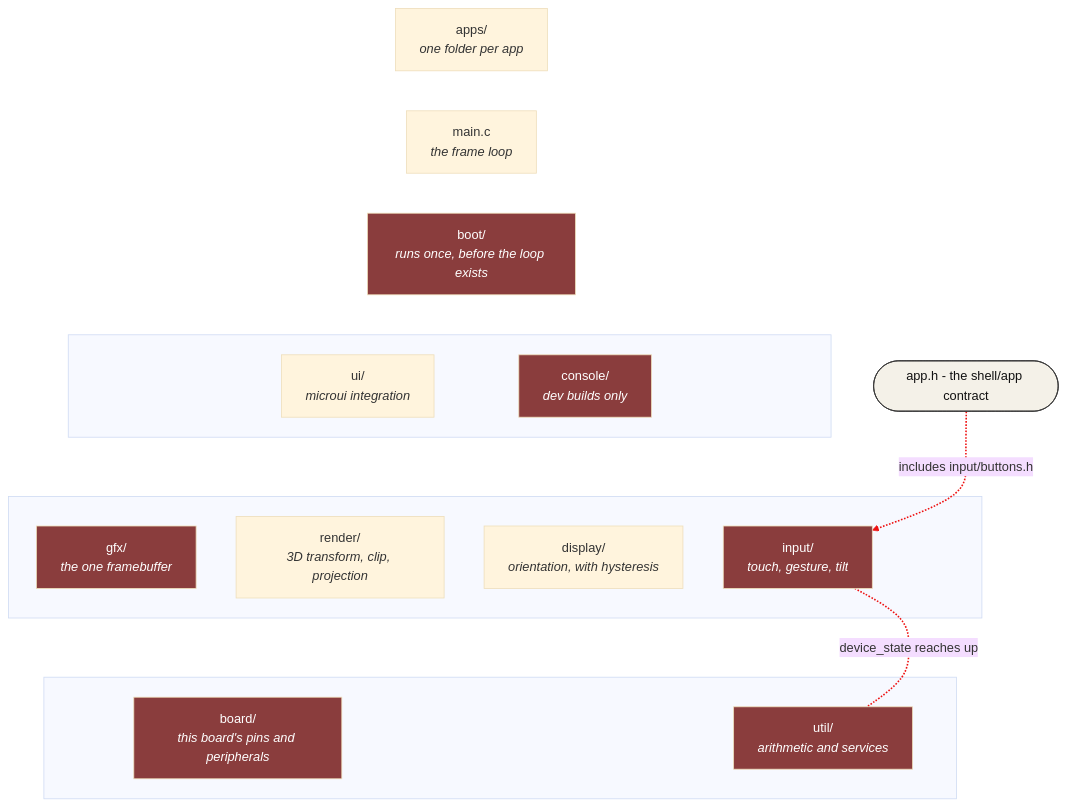
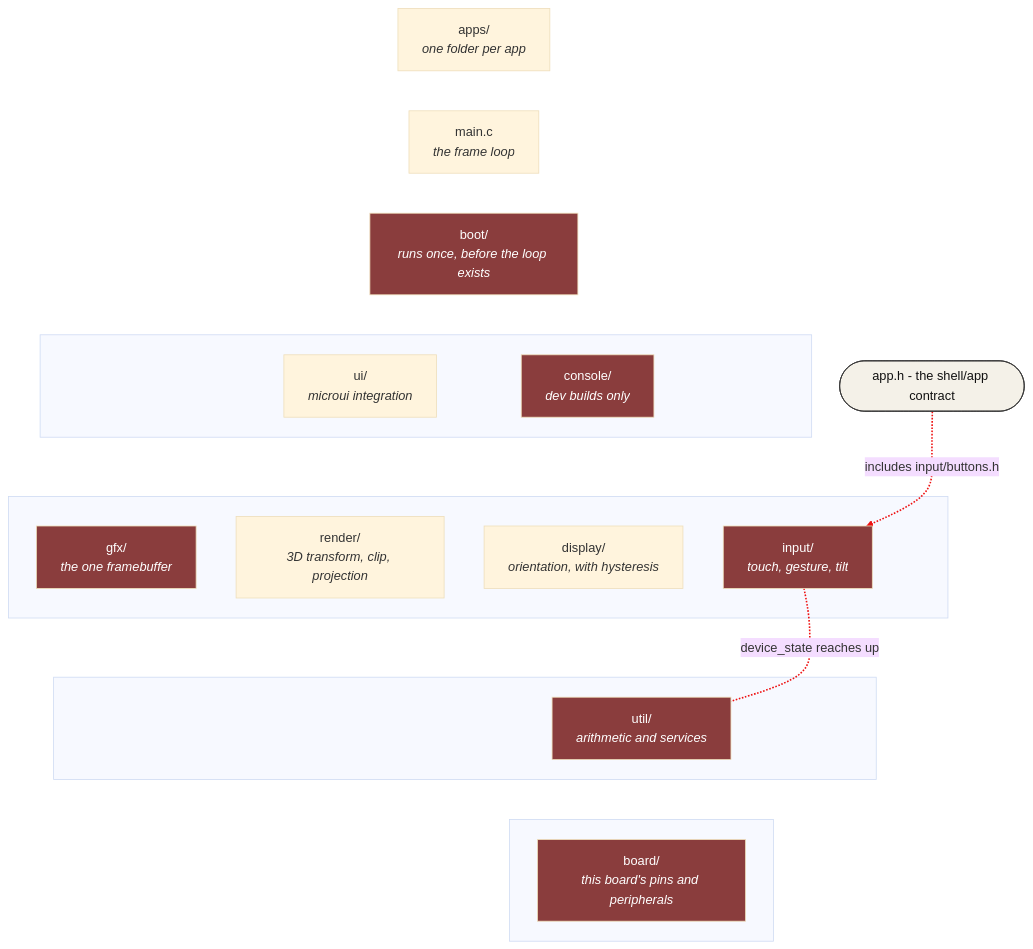
The first of 3 diagrams in docs/Launcher-Architecture.md (jose-villegas/autana), drawn with Mermaid (base theme) before and after one commit. The commit also changed other lines of this file and 3 other files, not shown here.

````diff
--- a/docs/Launcher-Architecture.md
+++ b/docs/Launcher-Architecture.md
@@ -242,55 +242,54 @@
 ```mermaid
 flowchart TB
     classDef hw fill:#8a3d3d,color:#fff
     classDef contract fill:#f4f1e8,stroke:#333,stroke-width:1px,color:#111
 
     Apps["apps/<br/><i>one folder per app</i>"]
     Main["main.c<br/><i>the frame loop</i>"]
     Contract(["app.h - the shell/app contract"]):::contract
     Boot["boot/<br/><i>runs once, before the loop exists</i>"]
 
     subgraph T4[" "]
         Ui["ui/<br/><i>microui integration</i>"]
         Console["console/<br/><i>dev builds only</i>"]
     end
     subgraph T5[" "]
         Gfx["gfx/<br/><i>the one framebuffer</i>"]
         Render["render/<br/><i>3D transform, clip, projection</i>"]
         Display["display/<br/><i>orientation, with hysteresis</i>"]
         Input["input/<br/><i>touch, gesture, tilt</i>"]
     end
     subgraph T6[" "]
+        Util["util/<br/><i>arithmetic and services</i>"]
+    end
+    subgraph T7[" "]
         Board["board/<br/><i>this board's pins and peripherals</i>"]
-        Util["util/<br/><i>arithmetic and services</i>"]
     end
 
     Apps ~~~ Main ~~~ Boot
     Boot ~~~ Ui
     Boot ~~~ Console
     Ui ~~~ Gfx
     Ui ~~~ Render
     Ui ~~~ Input
     Ui ~~~ Display
     Console ~~~ Gfx
     Console ~~~ Render
     Console ~~~ Input
     Console ~~~ Display
-    Gfx ~~~ Board
     Gfx ~~~ Util
-    Render ~~~ Board
     Render ~~~ Util
-    Input ~~~ Board
     Input ~~~ Util
-    Display ~~~ Board
     Display ~~~ Util
+    Util ~~~ Board
 
     class Boot,Gfx,Input,Console,Board,Util hw
 
-    %% linkStyle below recolours these two by index (20, 21); an edge added
+    %% linkStyle below recolours these two by index (17, 18); an edge added
     %% above them shifts both numbers, so add new edges after them.
     Contract -.->|"includes input/buttons.h"| Input
     Input <-.-|"device_state reaches up"| Util
 
-    linkStyle 20 stroke:#e11,stroke-width:2px
-    linkStyle 21 stroke:#e11,stroke-width:2px
+    linkStyle 17 stroke:#e11,stroke-width:2px
+    linkStyle 18 stroke:#e11,stroke-width:2px
 ```
````
